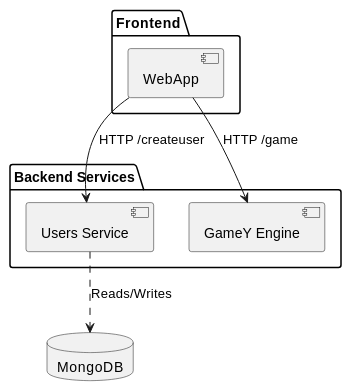
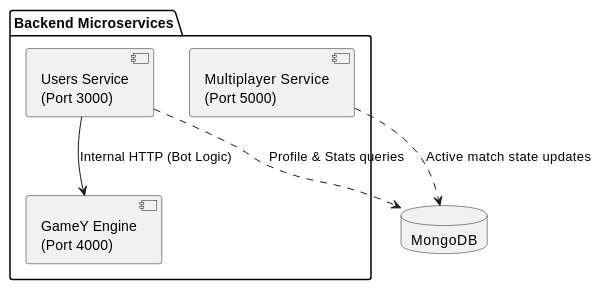
One commit to Arquisoft/yovi_es1a changed the second of 2 diagrams in docs/src/05_building_block_view.adoc. Above: the diagram before and after it, drawn with PlantUML. The commit also changed other lines of this file, not shown here.

Commit message:
docs(arc42): incluir el microservicio multiplayer y corregir diagrama en Nivel 2

```diff
--- a/docs/src/05_building_block_view.adoc
+++ b/docs/src/05_building_block_view.adoc
@@ -56,19 +56,16 @@
 [plantuml]
 ----
 @startuml
-package "Frontend" {
-    component "WebApp" as webapp
-}
-
-package "Backend Services" {
-    component "Users Service" as users
-    component "GameY Engine" as gamey
+package "Backend Microservices" {
+    component "Users Service\n(Port 3000)" as users
+    component "Multiplayer Service\n(Port 5000)" as multi
+    component "GameY Engine\n(Port 4000)" as gamey
 }
 
 database "MongoDB" as db
 
-webapp --> users : HTTP /createuser
-webapp --> gamey : HTTP /game
-users ..> db : Reads/Writes
+users --> gamey : Internal HTTP (Bot Logic)
+users ..> db : Profile & Stats queries
+multi ..> db : Active match state updates
 @enduml
 ----
```
